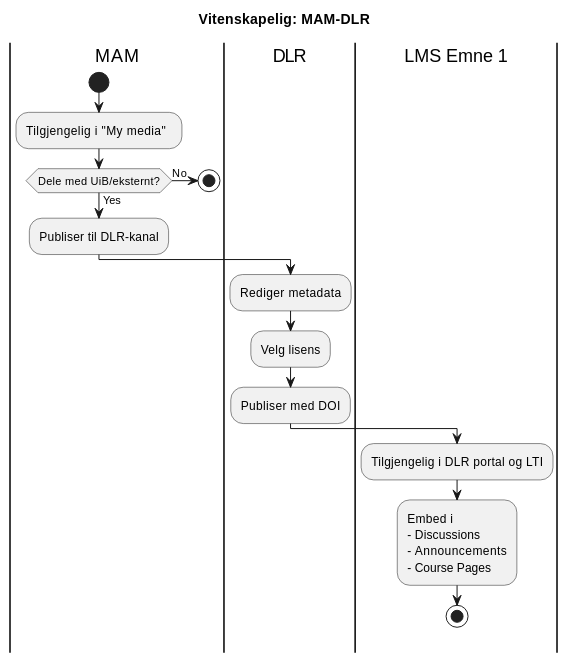
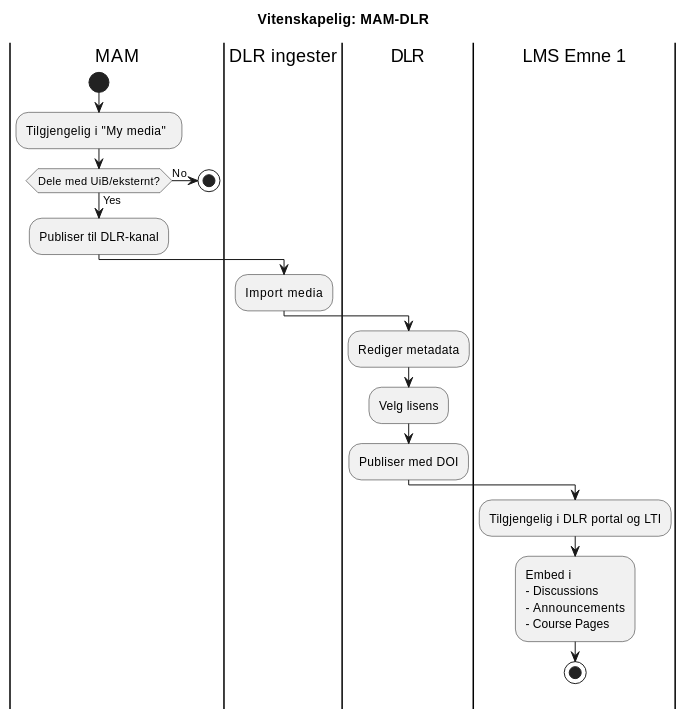
One commit to tarjelavik/mam-dlr-architecture changed the second of 4 diagrams in src/docs/academic.md. Above: the diagram before and after it, drawn with PlantUML. The commit also changed 1 other file, not shown here.

Commit message:
Startet på en infrastrukturoversikt

````diff
--- a/src/docs/academic.md
+++ b/src/docs/academic.md
@@ -51,27 +51,29 @@
 ```plantuml 
 @startuml
 
 title Vitenskapelig: MAM-DLR
 
 |MAM|
 start
     :Tilgjengelig i "My media"  ;
     if (Dele med UiB/eksternt?) then (No)
         |MAM|
         stop
     else (Yes)
         |MAM|
         :Publiser til DLR-kanal;
+|DLR ingester|
+:Import media;
 |DLR|
     :Rediger metadata;
     :Velg lisens;
     :Publiser med DOI;
 |LMS Emne 1|
     :Tilgjengelig i DLR portal og LTI;
     :Embed i 
     - Discussions
     - Announcements
     - Course Pages;
     stop
 @enduml
 ```
````
